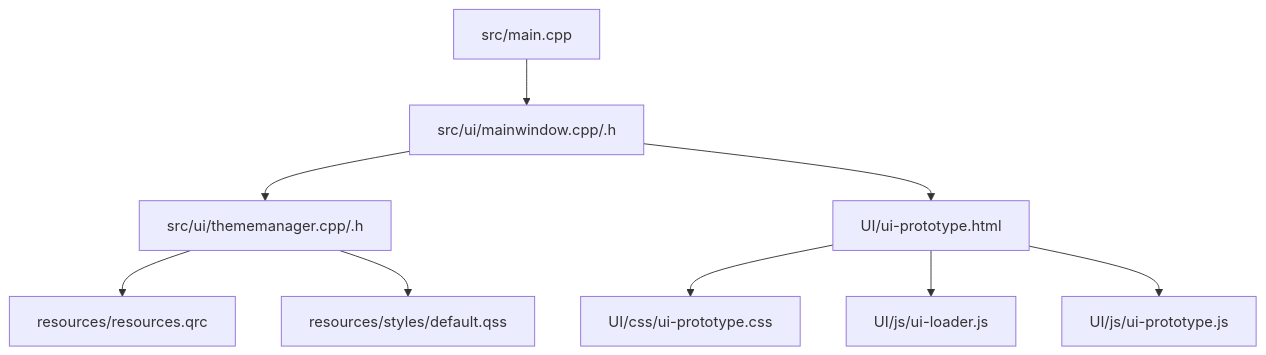
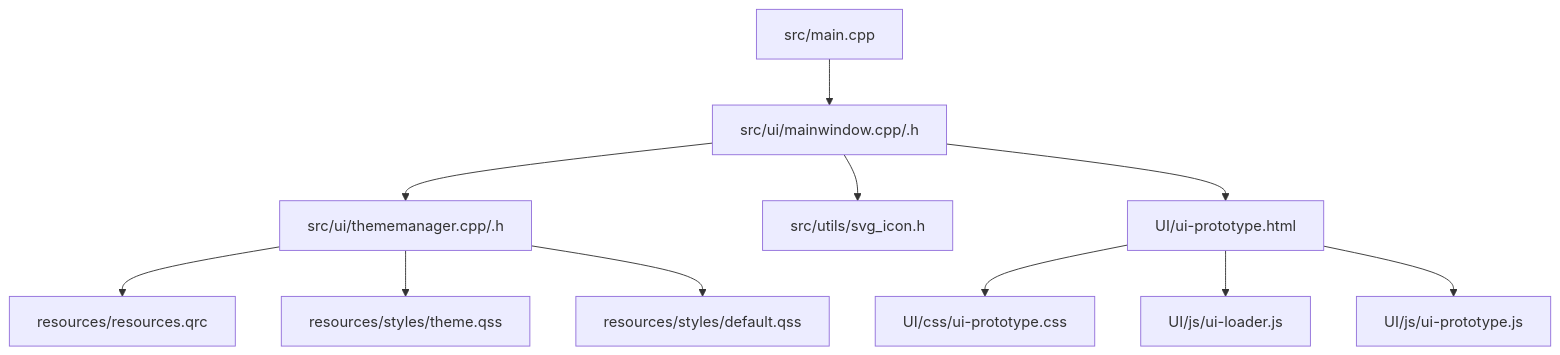
One commit to jakecai1225-design/OpenBus changed the sixth of 6 diagrams in .qoder/repowiki/zh/content/样式系统/主题管理系统.md. Above: the diagram before and after it, drawn with Mermaid. The commit also changed other lines of this file and 40 other files, not shown here.

````diff
--- a/.qoder/repowiki/zh/content/样式系统/主题管理系统.md
+++ b/.qoder/repowiki/zh/content/样式系统/主题管理系统.md
@@ -245,11 +303,13 @@
 ```mermaid
 graph TB
 Main["src/main.cpp"] --> MW["src/ui/mainwindow.cpp/.h"]
 MW --> TM["src/ui/thememanager.cpp/.h"]
 TM --> QRC["resources/resources.qrc"]
-TM --> QSS["resources/styles/default.qss"]
+TM --> QSS["resources/styles/theme.qss"]
+TM --> DEFAULT_QSS["resources/styles/default.qss"]
+MW --> SVG["src/utils/svg_icon.h"]
 MW --> UIH["UI/ui-prototype.html"]
 UIH --> UICSS["UI/css/ui-prototype.css"]
 UIH --> UILoader["UI/js/ui-loader.js"]
 UIH --> UIPrototype["UI/js/ui-prototype.js"]
 ```
````
